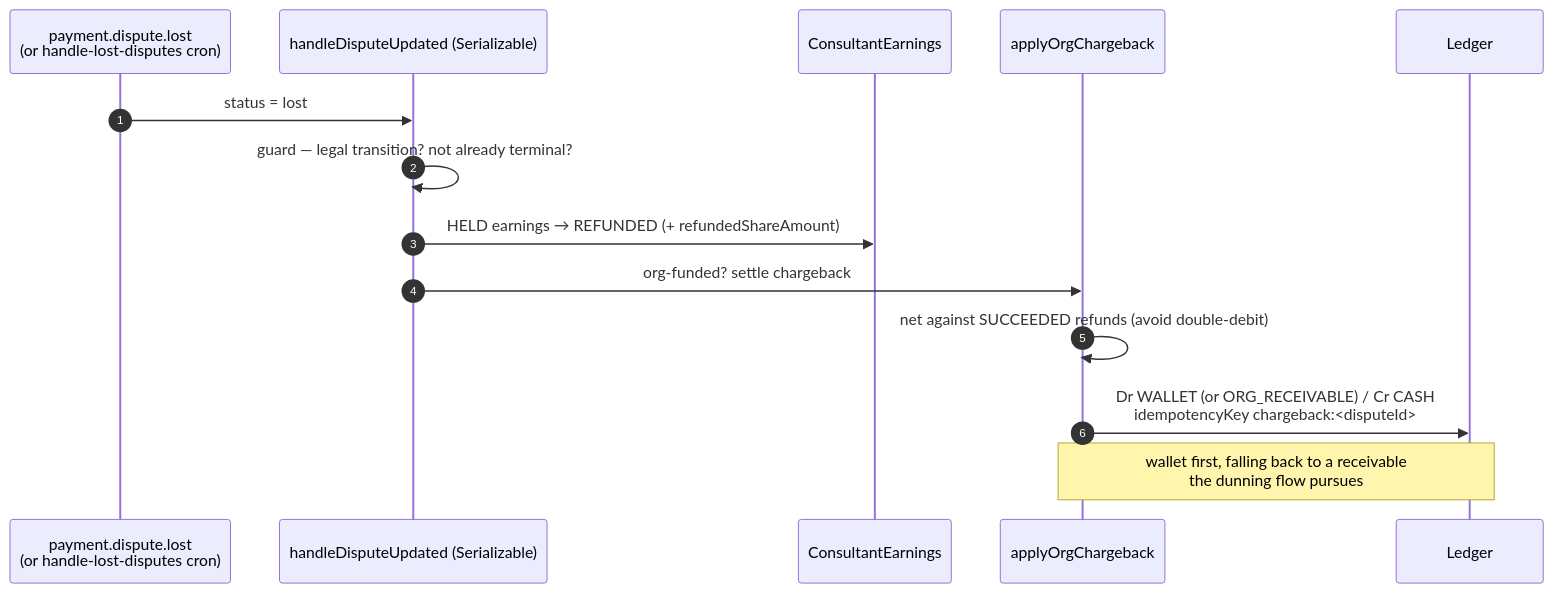
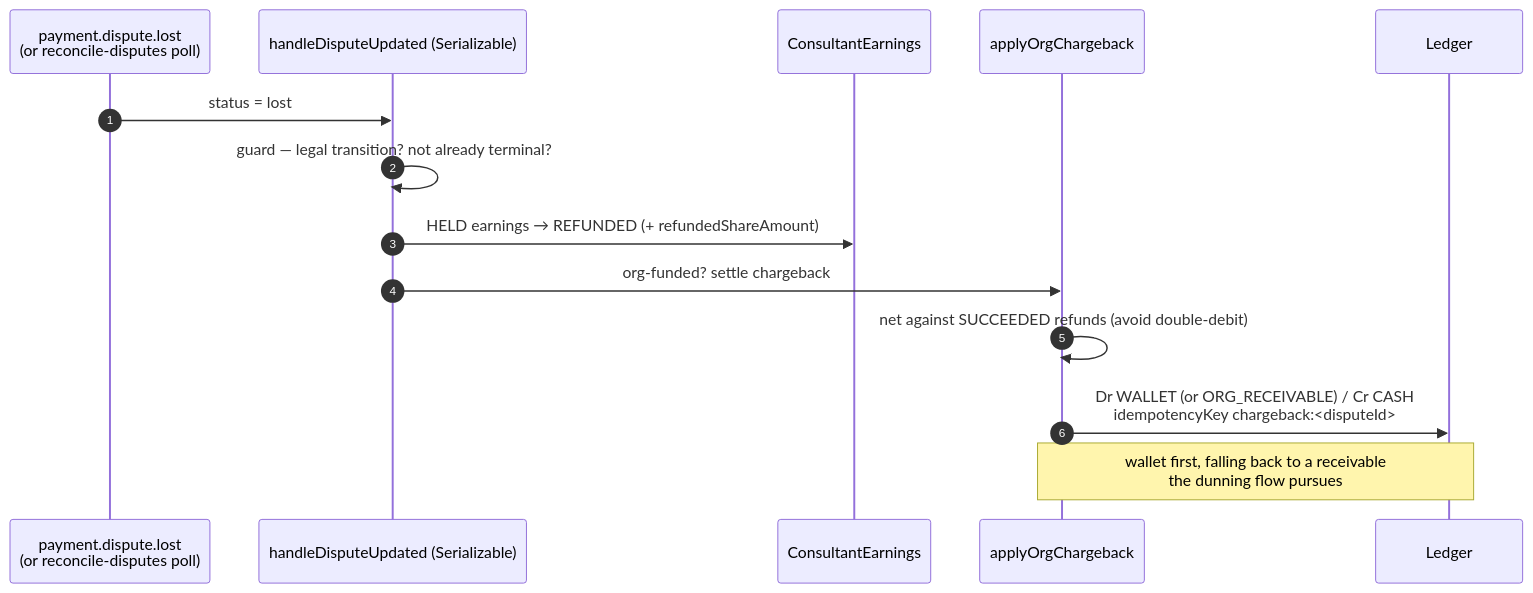
The second of 2 diagrams in docs/enterprise/10-money-and-ledger/11-disputes.md (Practitionist/familiarise_web), drawn with Mermaid before and after one commit. The commit also changed other lines of this file and 9 other files, not shown here.

First line of the commit message:
fix(disputes): #1859 M-P0-15 reconcile Razorpay disputes via GET poll plus settle-on-LOST

````diff
--- a/docs/enterprise/10-money-and-ledger/11-disputes.md
+++ b/docs/enterprise/10-money-and-ledger/11-disputes.md
@@ -105,17 +105,17 @@
 ```mermaid
 sequenceDiagram
     autonumber
-    participant GW as payment.dispute.lost<br/>(or handle-lost-disputes cron)
+    participant GW as payment.dispute.lost<br/>(or reconcile-disputes poll)
     participant H as handleDisputeUpdated (Serializable)
     participant E as ConsultantEarnings
     participant Org as applyOrgChargeback
     participant L as Ledger
 
     GW->>H: status = lost
     H->>H: guard — legal transition? not already terminal?
     H->>E: HELD earnings → REFUNDED (+ refundedShareAmount)
     H->>Org: org-funded? settle chargeback
     Org->>Org: net against SUCCEEDED refunds (avoid double-debit)
     Org->>L: Dr WALLET (or ORG_RECEIVABLE) / Cr CASH<br/>idempotencyKey chargeback:<disputeId>
     Note over Org,L: wallet first, falling back to a receivable<br/>the dunning flow pursues
 ```
````
